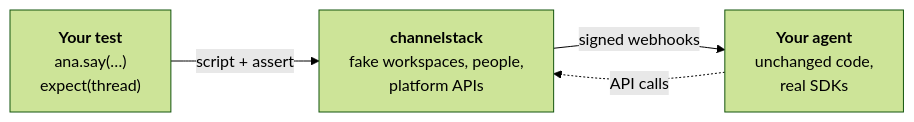
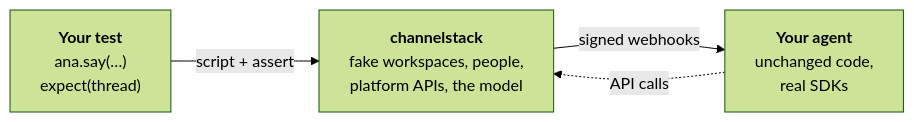
Before and after one commit to christian-bromann/channelstack: the diagram in README.md, drawn with Mermaid (forest theme). The commit also changed other lines of this file and 188 other files, not shown here.

````diff
--- a/README.md
+++ b/README.md
@@ -109,9 +131,9 @@
 ```mermaid
 flowchart LR
   T["<b>Your test</b><br/>ana.say(…)<br/>expect(thread)"]
-  C["<b>channelstack</b><br/>fake workspaces, people,<br/>platform APIs"]
+  C["<b>channelstack</b><br/>fake workspaces, people,<br/>platform APIs, the model"]
   A["<b>Your agent</b><br/>unchanged code,<br/>real SDKs"]
   T -- "script + assert" --> C
   C -- "signed webhooks" --> A
   A -. "API calls" .-> C
 ```
````
